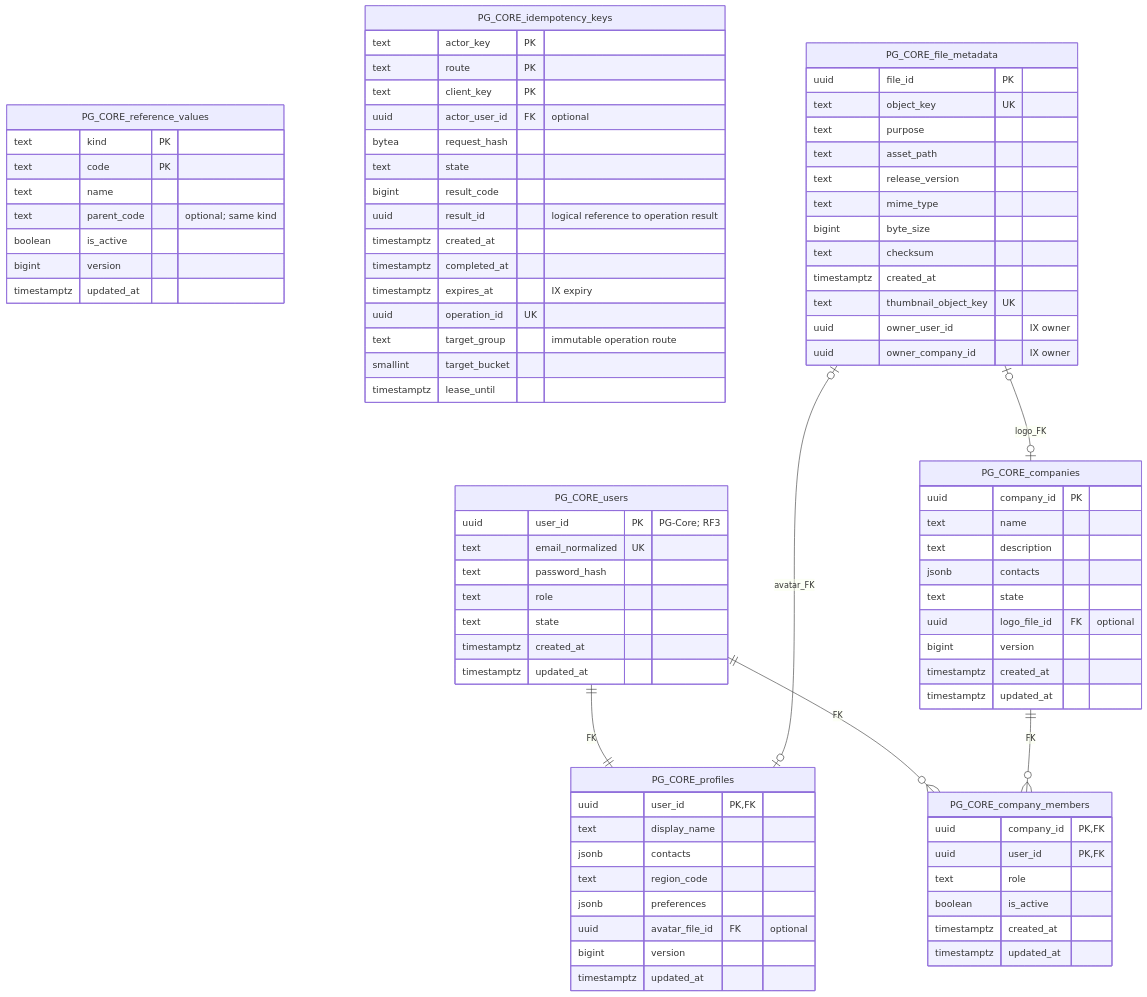
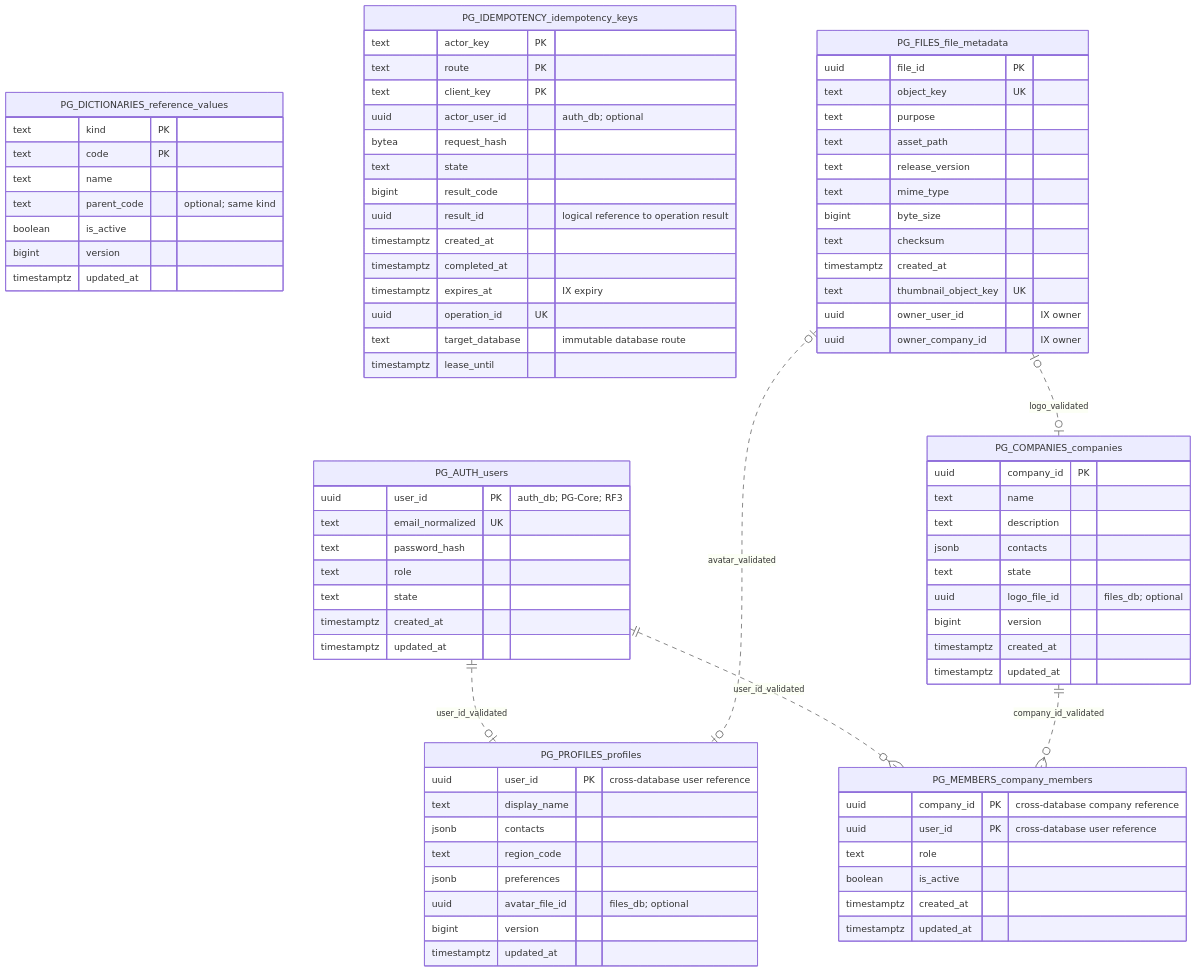
One commit to pricolmen/highload_technopark changed the fifth of 7 diagrams in README.md. Above: the diagram before and after it, drawn with Mermaid. The commit also changed other lines of this file and 2 other files, not shown here.

````diff
--- a/README.md
+++ b/README.md
@@ -1023,7 +1041,7 @@
 ```mermaid
 erDiagram
-    PG_CORE_users {
-        uuid user_id PK "PG-Core; RF3"
+    PG_AUTH_users {
+        uuid user_id PK "auth_db; PG-Core; RF3"
         text email_normalized UK
         text password_hash
         text role
@@ -1031,36 +1049,36 @@
         timestamptz created_at
         timestamptz updated_at
     }
-    PG_CORE_profiles {
-        uuid user_id PK, FK
+    PG_PROFILES_profiles {
+        uuid user_id PK "cross-database user reference"
         text display_name
         jsonb contacts
         text region_code
         jsonb preferences
-        uuid avatar_file_id FK "optional"
+        uuid avatar_file_id "files_db; optional"
         bigint version
         timestamptz updated_at
     }
-    PG_CORE_companies {
+    PG_COMPANIES_companies {
         uuid company_id PK
         text name
         text description
         jsonb contacts
         text state
-        uuid logo_file_id FK "optional"
+        uuid logo_file_id "files_db; optional"
         bigint version
         timestamptz created_at
         timestamptz updated_at
     }
-    PG_CORE_company_members {
-        uuid company_id PK, FK
-        uuid user_id PK, FK
+    PG_MEMBERS_company_members {
+        uuid company_id PK "cross-database company reference"
+        uuid user_id PK "cross-database user reference"
         text role
         boolean is_active
         timestamptz created_at
         timestamptz updated_at
     }
-    PG_CORE_reference_values {
+    PG_DICTIONARIES_reference_values {
         text kind PK
         text code PK
         text name
@@ -1069,11 +1087,11 @@
         bigint version
         timestamptz updated_at
     }
-    PG_CORE_idempotency_keys {
+    PG_IDEMPOTENCY_idempotency_keys {
         text actor_key PK
         text route PK
         text client_key PK
-        uuid actor_user_id FK "optional"
+        uuid actor_user_id "auth_db; optional"
         bytea request_hash
         text state
         bigint result_code
@@ -1082,11 +1100,10 @@
         timestamptz completed_at
         timestamptz expires_at "IX expiry"
         uuid operation_id UK
-        text target_group "immutable operation route"
-        smallint target_bucket
+        text target_database "immutable database route"
         timestamptz lease_until
     }
-    PG_CORE_file_metadata {
+    PG_FILES_file_metadata {
         uuid file_id PK
         text object_key UK
         text purpose
@@ -1100,9 +1117,9 @@
         uuid owner_user_id "IX owner"
         uuid owner_company_id "IX owner"
     }
-    PG_CORE_users ||--|| PG_CORE_profiles : FK
-    PG_CORE_users ||--o{ PG_CORE_company_members : FK
-    PG_CORE_companies ||--o{ PG_CORE_company_members : FK
-    PG_CORE_file_metadata |o--o| PG_CORE_profiles : avatar_FK
-    PG_CORE_file_metadata |o--o| PG_CORE_companies : logo_FK
+    PG_AUTH_users ||..o| PG_PROFILES_profiles : user_id_validated
+    PG_AUTH_users ||..o{ PG_MEMBERS_company_members : user_id_validated
+    PG_COMPANIES_companies ||..o{ PG_MEMBERS_company_members : company_id_validated
+    PG_FILES_file_metadata |o..o| PG_PROFILES_profiles : avatar_validated
+    PG_FILES_file_metadata |o..o| PG_COMPANIES_companies : logo_validated
 ```
````
